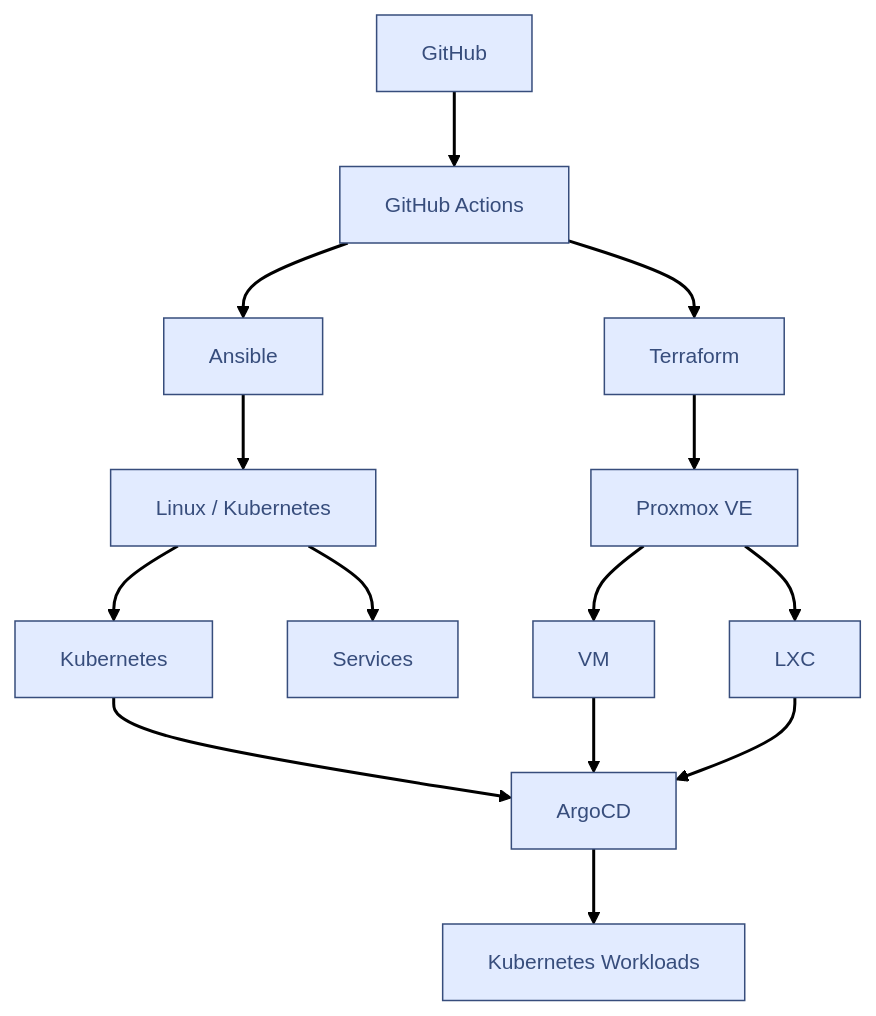
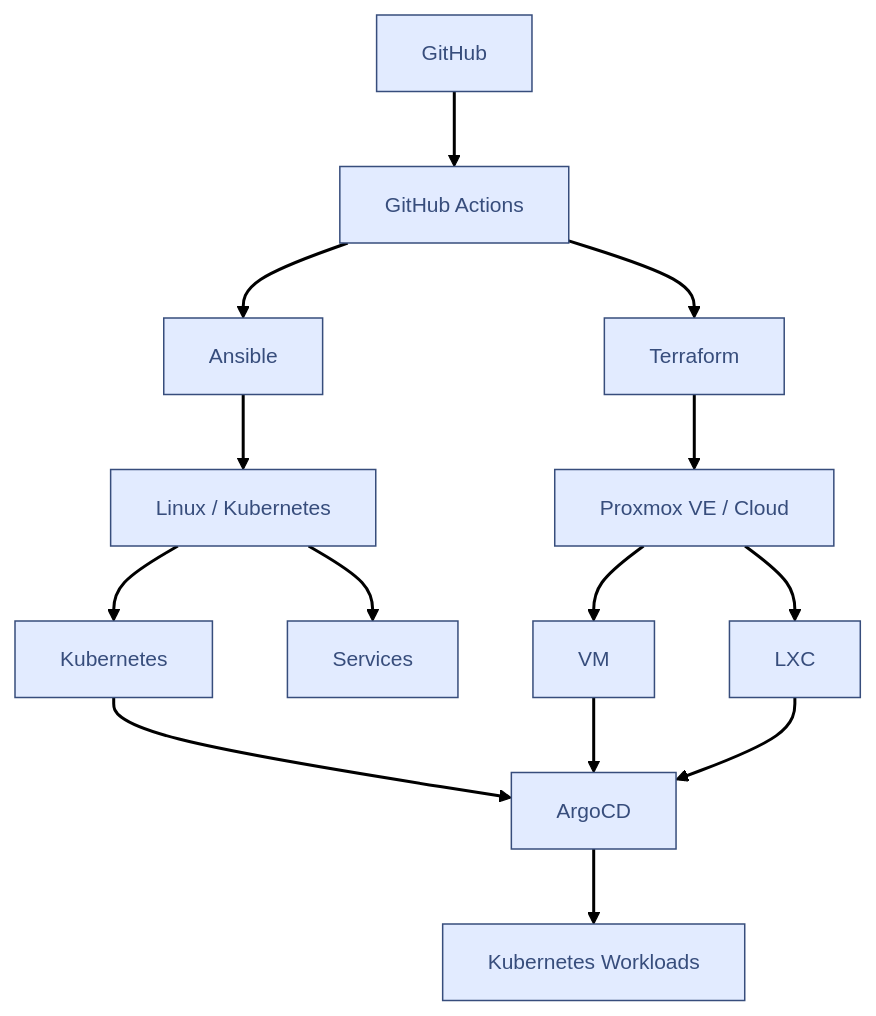
Before and after one commit to rs235/infrastructure: the first of 3 diagrams in README.md, drawn with Mermaid. The commit also changed other lines of this file, not shown here.

````diff
--- a/README.md
+++ b/README.md
@@ -20,31 +20,31 @@
 ``` mermaid
 ---
 config:
   theme: redux
 ---
 flowchart TB
     n2["GitHub"] --> n3["GitHub Actions"]
     n3 --> n4["Terraform"] & n5["Ansible"]
-    n4 --> n6["Proxmox VE"]
+    n4 --> n6["Proxmox VE / Cloud"]
     n5 --> n7["Linux / Kubernetes"]
     n7 --> n8["Kubernetes"] & n10["Services"]
     n8 --> n9["ArgoCD"]
     n6 --> n11["VM"] & n12["LXC"]
     n11 --> n9
     n12 --> n9
     n9 --> n13["Kubernetes Workloads"]
 
      n2:::Sky
      n3:::Sky
      n4:::Sky
      n5:::Sky
      n6:::Sky
      n7:::Sky
      n8:::Sky
      n10:::Sky
      n9:::Sky
      n11:::Sky
      n12:::Sky
      n13:::Sky
     classDef Sky stroke-width:1px, stroke-dasharray:none, stroke:#374D7C, fill:#E2EBFF, color:#374D7C
 ```
````
